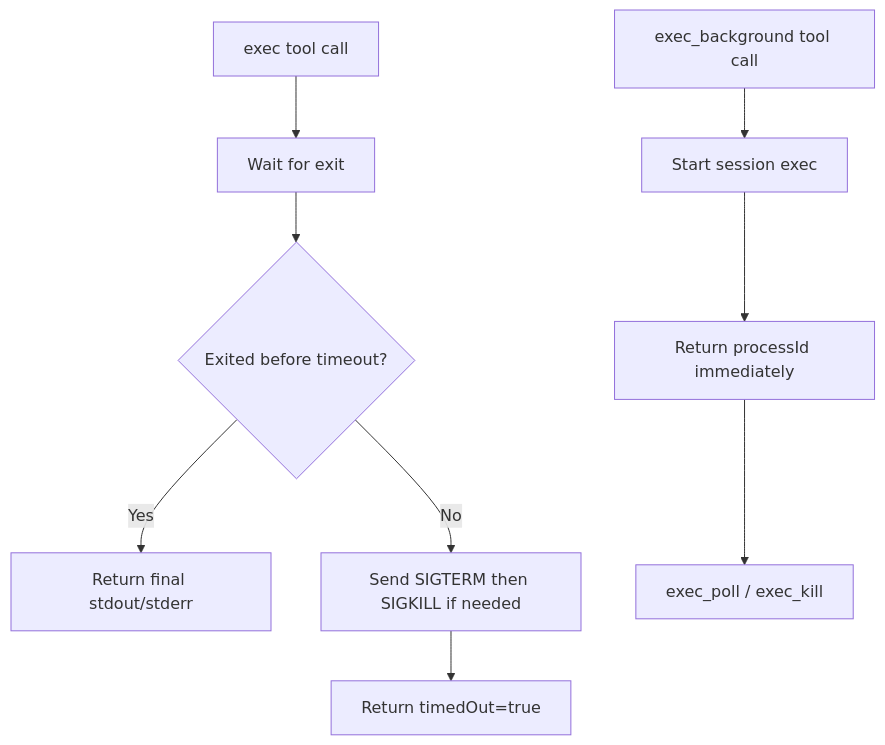
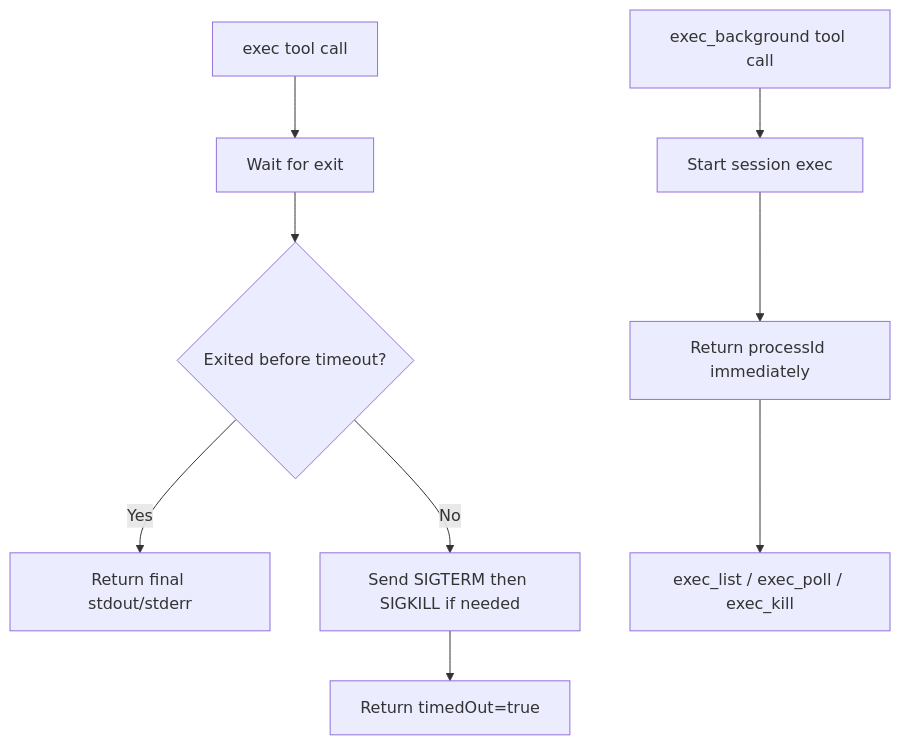
Before and after one commit to ex3ndr/daycare: the diagram in doc/20260311-exec-background-tool.md, drawn with Mermaid. The commit also changed other lines of this file and 10 other files, not shown here.

Commit message:
feat: add exec list tool

````diff
--- a/doc/20260311-exec-background-tool.md
+++ b/doc/20260311-exec-background-tool.md
@@ -16,11 +17,11 @@
 ```mermaid
 flowchart TD
     A[exec tool call] --> B[Wait for exit]
     B --> C{Exited before timeout?}
     C -->|Yes| D[Return final stdout/stderr]
     C -->|No| E[Send SIGTERM then SIGKILL if needed]
     E --> F[Return timedOut=true]
     G[exec_background tool call] --> H[Start session exec]
     H --> I[Return processId immediately]
-    I --> J[exec_poll / exec_kill]
+    I --> J[exec_list / exec_poll / exec_kill]
 ```
````
